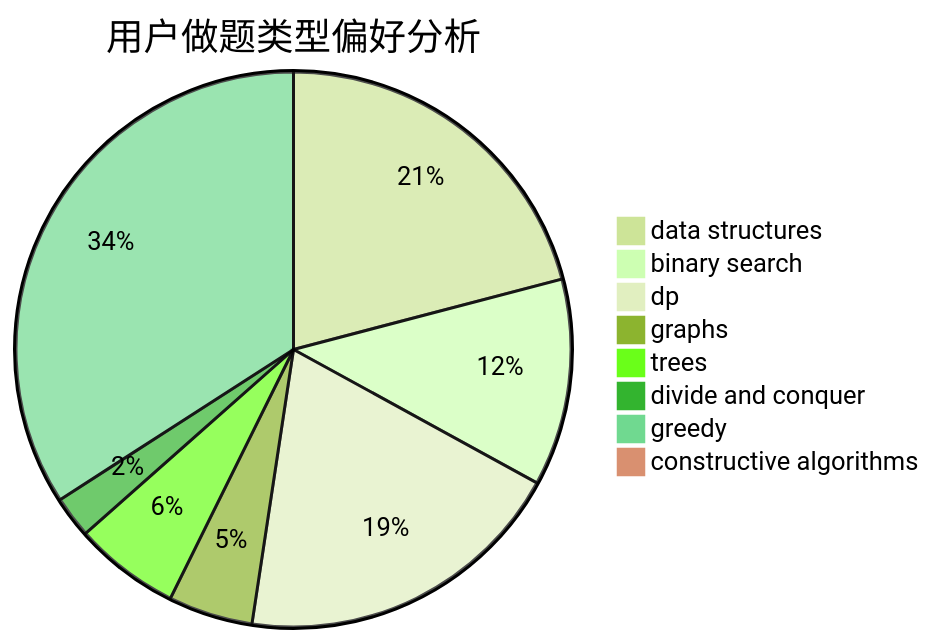
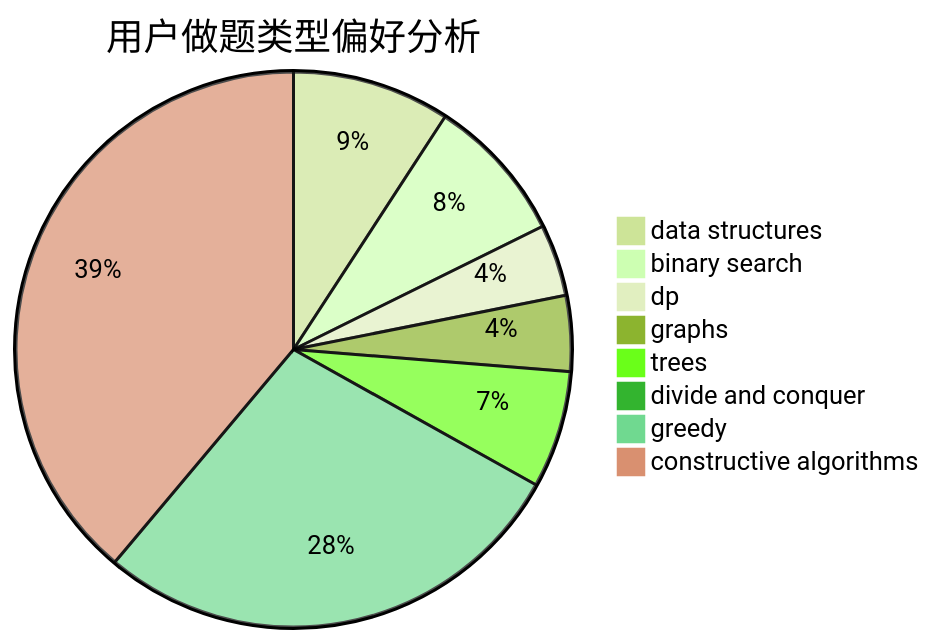
One commit to sherpahu/cfrs.github.io changed the second of 3 diagrams in docs/user/u709.md. Above: the diagram before and after it, drawn with Mermaid (forest theme). The commit also changed other lines of this file and 2770 other files, not shown here.

````diff
--- a/docs/user/u709.md
+++ b/docs/user/u709.md
@@ -23,11 +23,11 @@
 ```mermaid
 pie title 用户做题类型偏好分析
-    "data structures" :  319
-    "binary search" :  184
-    "dp" :  296
-    "graphs" :  75
-    "trees" :  94
-    "divide and conquer" :  37
-    "greedy" :  520
-    "constructive algorithms" :  14
+    "data structures" :  121
+    "binary search" :  112
+    "dp" :  55
+    "graphs" :  58
+    "trees" :  90
+    "divide and conquer" :  4
+    "greedy" :  369
+    "constructive algorithms" :  512
 ```
````
